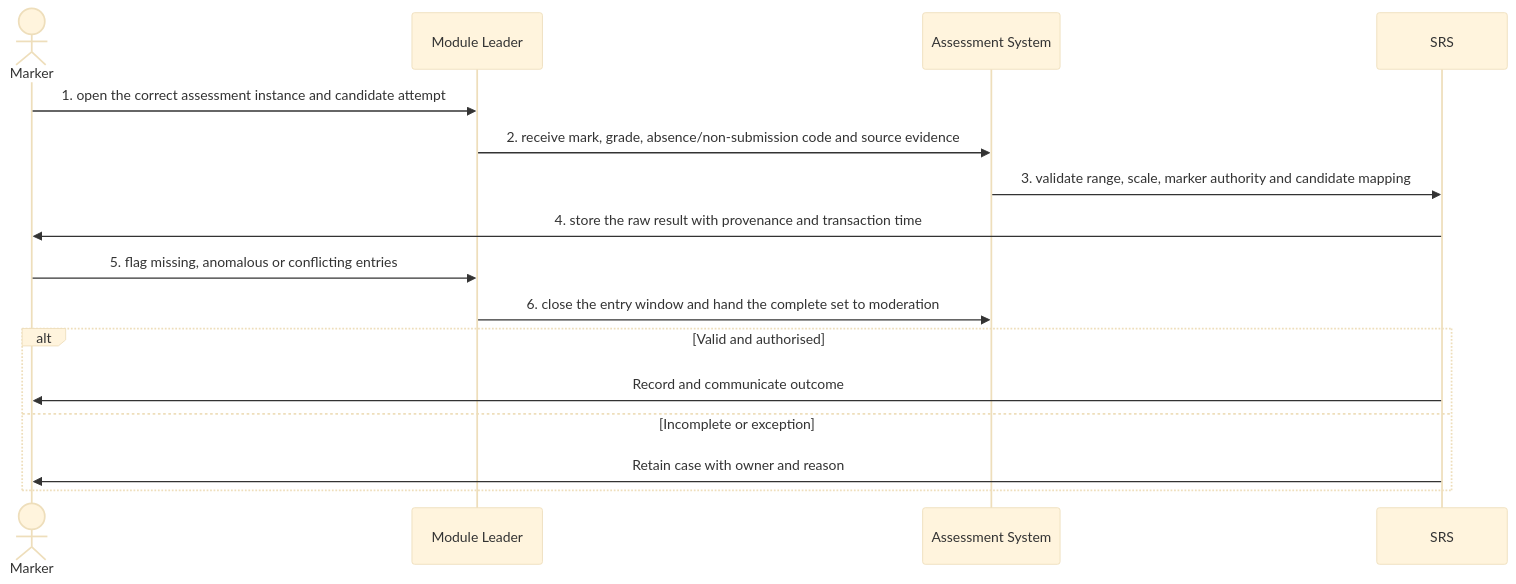
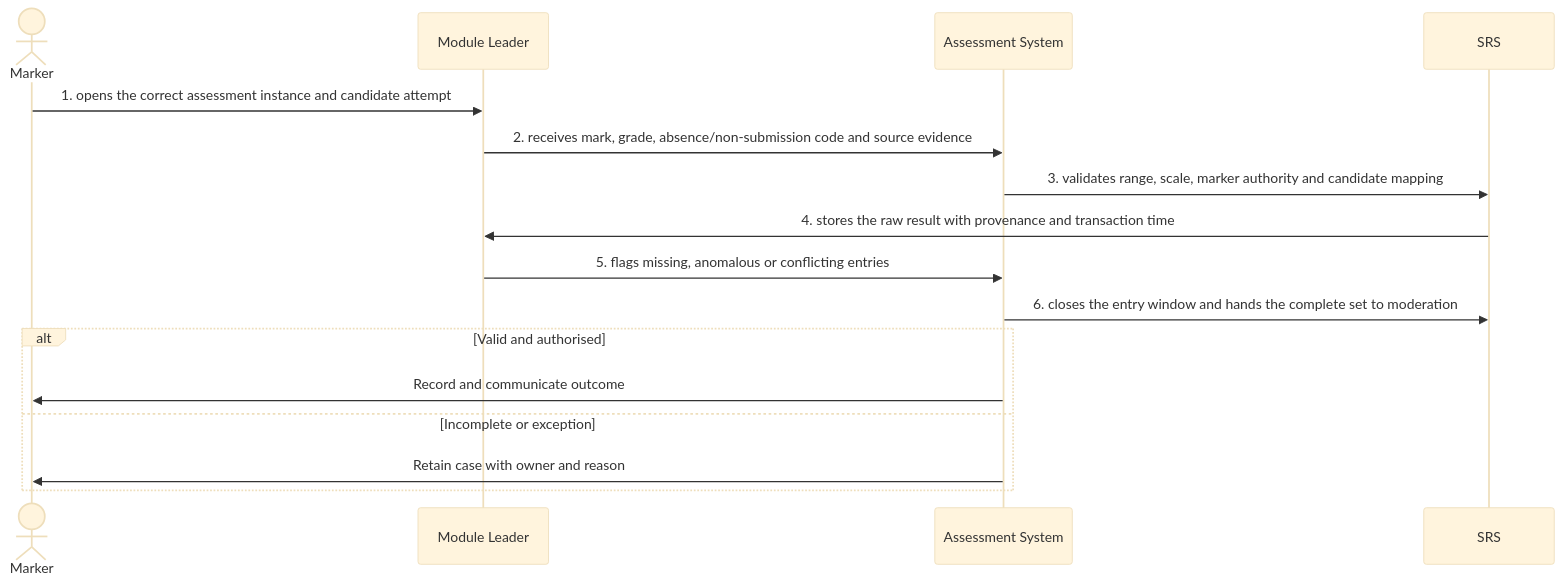
Before and after one commit to RevelationCore/Revelation-SRS: the diagram in docs/business-processes/05-assessment-and-results/bp-05-003-receive-or-enter-marks.md, drawn with Mermaid (base theme). The commit also changed other lines of this file and 96 other files, not shown here.

````diff
--- a/docs/business-processes/05-assessment-and-results/bp-05-003-receive-or-enter-marks.md
+++ b/docs/business-processes/05-assessment-and-results/bp-05-003-receive-or-enter-marks.md
@@ -158,18 +158,18 @@
 ```mermaid
 sequenceDiagram
     actor A1 as Marker
     participant A2 as Module Leader
     participant A3 as Assessment System
     participant A4 as SRS
-    A1->>A2: 1. open the correct assessment instance and candidate attempt
-    A2->>A3: 2. receive mark, grade, absence/non-submission code and source evidence
-    A3->>A4: 3. validate range, scale, marker authority and candidate mapping
-    A4->>A1: 4. store the raw result with provenance and transaction time
-    A1->>A2: 5. flag missing, anomalous or conflicting entries
-    A2->>A3: 6. close the entry window and hand the complete set to moderation
+    A1->>A2: 1. opens the correct assessment instance and candidate attempt
+    A2->>A3: 2. receives mark, grade, absence/non-submission code and source evidence
+    A3->>A4: 3. validates range, scale, marker authority and candidate mapping
+    A4->>A2: 4. stores the raw result with provenance and transaction time
+    A2->>A3: 5. flags missing, anomalous or conflicting entries
+    A3->>A4: 6. closes the entry window and hands the complete set to moderation
     alt Valid and authorised
-        A4->>A1: Record and communicate outcome
+        A3->>A1: Record and communicate outcome
     else Incomplete or exception
-        A4->>A1: Retain case with owner and reason
+        A3->>A1: Retain case with owner and reason
     end
 ```
````
